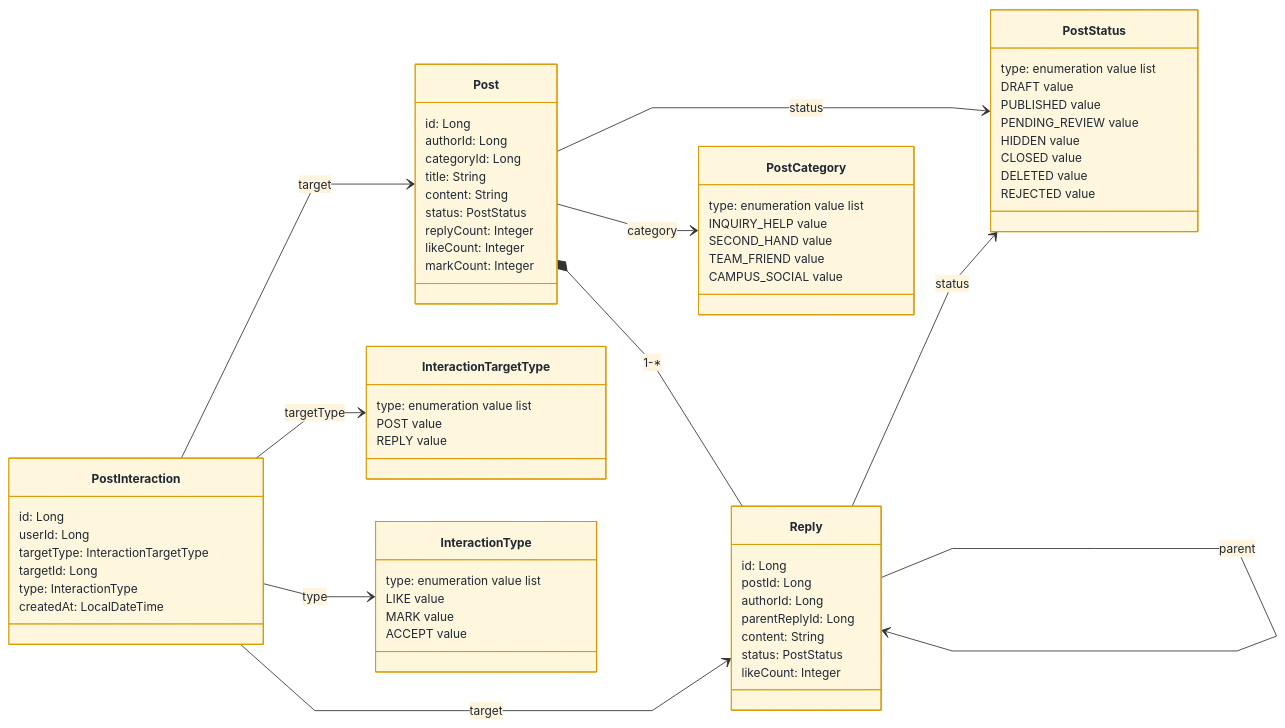
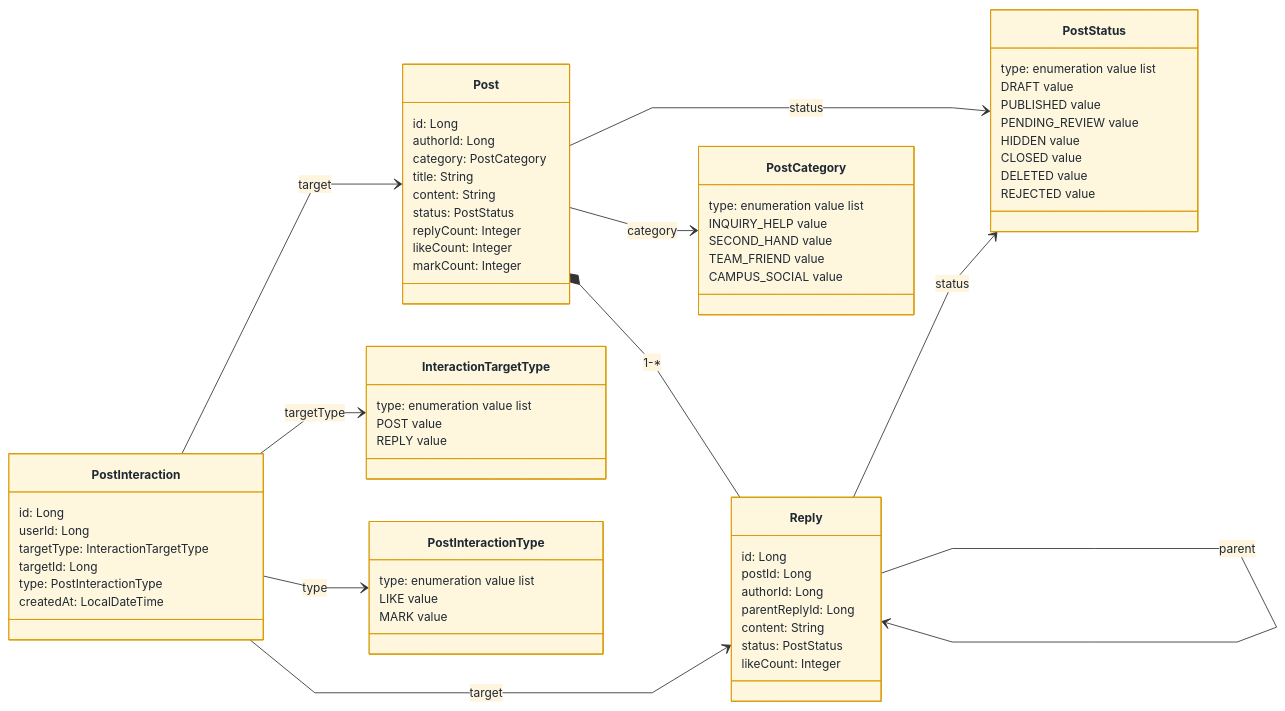
The diagram in docs/P3/01-核心类设计/核心类图/核心类图-帖子模块.mmd (X-Immortal/CampusBridge), drawn with Mermaid before and after one commit. The commit also changed 13 other files, not shown here.

Commit message:
P3图片修正

```diff
--- a/docs/P3/01-核心类设计/核心类图/核心类图-帖子模块.mmd
+++ b/docs/P3/01-核心类设计/核心类图/核心类图-帖子模块.mmd
@@ -1,83 +1,82 @@
 %%{init: {"theme": "base", "themeVariables": {"fontFamily": "Arial, Microsoft YaHei, sans-serif", "fontSize": "14px", "primaryTextColor": "#1f2933", "lineColor": "#333333"}, "flowchart": {"curve": "linear"}, "class": {"hideEmptyMembersBox": true}}}%%
 classDiagram
 direction LR
 class Post {
   id: Long
   authorId: Long
-  categoryId: Long
+  category: PostCategory
   title: String
   content: String
   status: PostStatus
   replyCount: Integer
   likeCount: Integer
   markCount: Integer
 }
 class Reply {
   id: Long
   postId: Long
   authorId: Long
   parentReplyId: Long
   content: String
   status: PostStatus
   likeCount: Integer
 }
 class PostInteraction {
   id: Long
   userId: Long
   targetType: InteractionTargetType
   targetId: Long
-  type: InteractionType
+  type: PostInteractionType
   createdAt: LocalDateTime
 }
 class PostCategory {
   type: enumeration value list
   INQUIRY_HELP value
   SECOND_HAND value
   TEAM_FRIEND value
   CAMPUS_SOCIAL value
 }
 class PostStatus {
   type: enumeration value list
   DRAFT value
   PUBLISHED value
   PENDING_REVIEW value
   HIDDEN value
   CLOSED value
   DELETED value
   REJECTED value
 }
 class InteractionTargetType {
   type: enumeration value list
   POST value
   REPLY value
 }
-class InteractionType {
+class PostInteractionType {
   type: enumeration value list
   LIKE value
   MARK value
-  ACCEPT value
 }
 Post *-- Reply : 1-*
 Reply --> Reply : parent
 Post --> PostCategory : category
 Post --> PostStatus : status
 Reply --> PostStatus : status
 PostInteraction --> Post : target
 PostInteraction --> Reply : target
 PostInteraction --> InteractionTargetType : targetType
-PostInteraction --> InteractionType : type
+PostInteraction --> PostInteractionType : type
 class Post:::post
 class Reply:::post
 class PostInteraction:::post
 class PostCategory:::post
 class PostStatus:::post
 class InteractionTargetType:::post
-class InteractionType:::post
+class PostInteractionType:::post
 classDef view fill:#E9F5FF,stroke:#2F80ED,color:#1f2933;
 classDef user fill:#F0F7EA,stroke:#5A9C42,color:#1f2933;
 classDef post fill:#FFF6DE,stroke:#D99A00,color:#1f2933;
 classDef task fill:#FDECEC,stroke:#D94B4B,color:#1f2933;
 classDef msg fill:#F1ECFF,stroke:#7B61D1,color:#1f2933;
 classDef attach fill:#EEF2F5,stroke:#607D8B,color:#1f2933;
 classDef govern fill:#FFF0F6,stroke:#C94F8A,color:#1f2933;
 classDef service fill:#F5F5F5,stroke:#555555,color:#1f2933;
```
